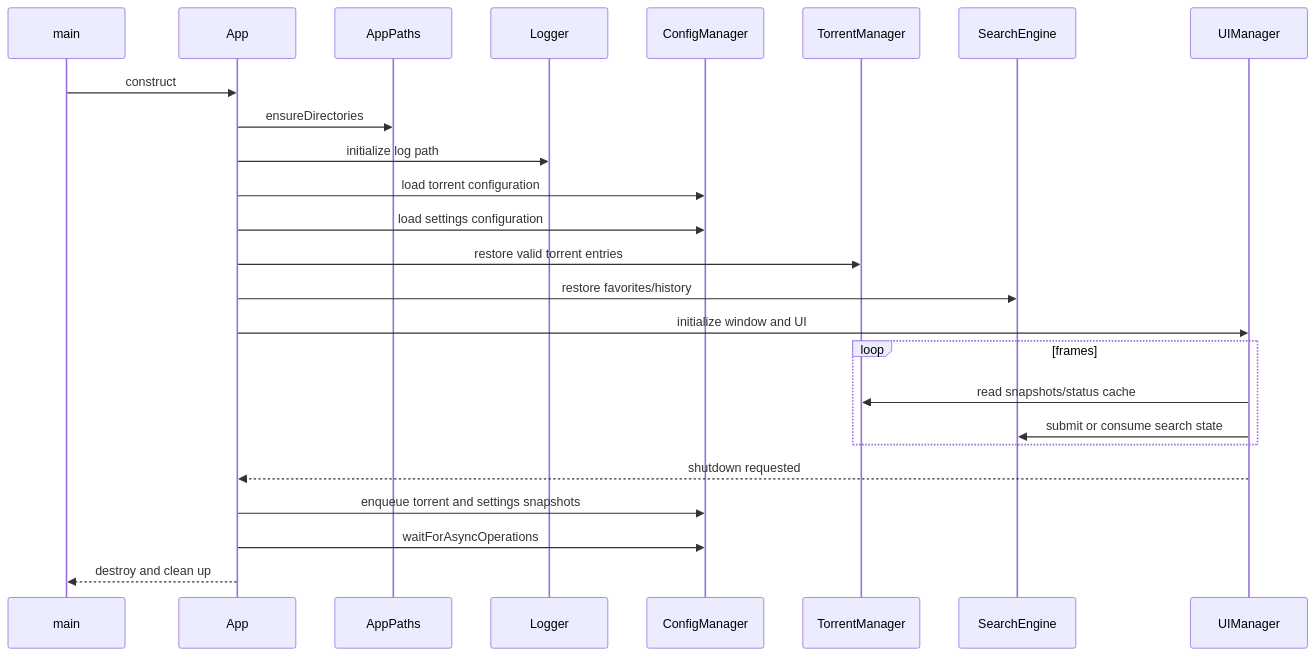
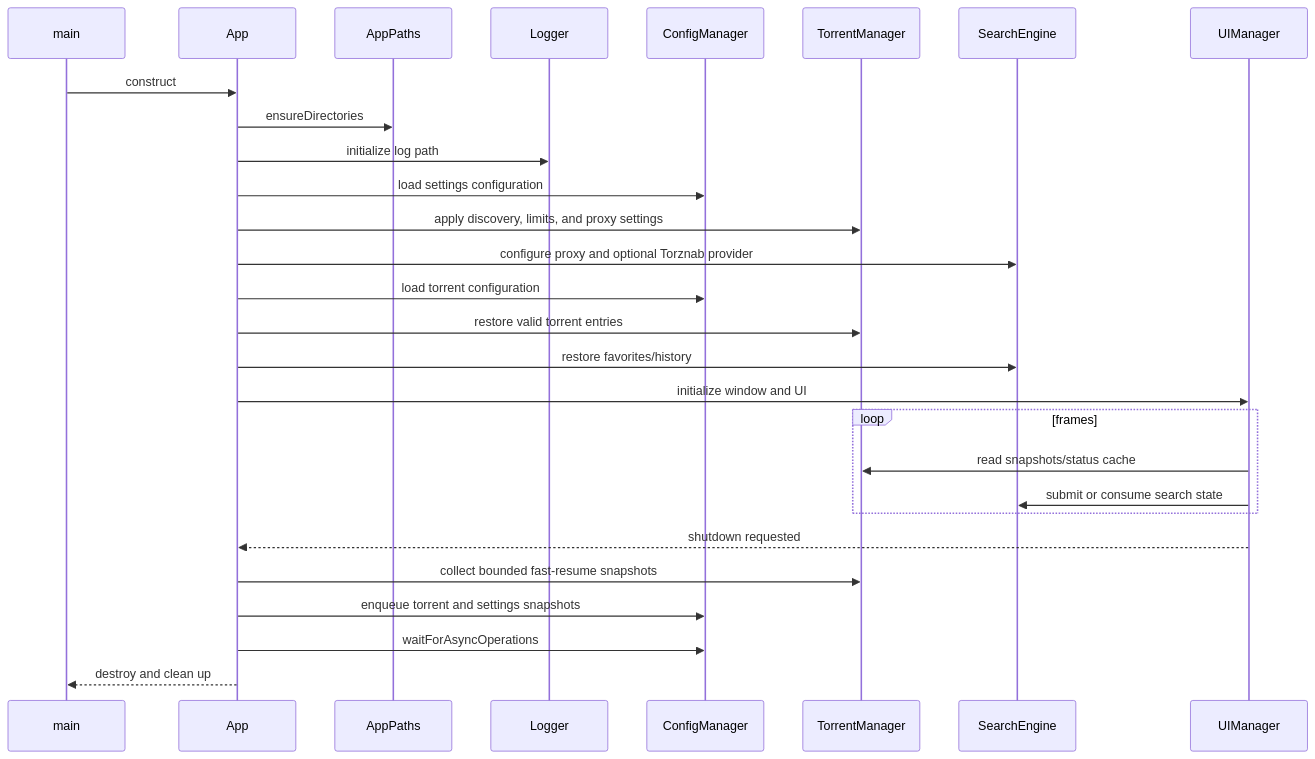
Before and after one commit to gkehren/hypertube: the second of 4 diagrams in docs/architecture.md, drawn with Mermaid. The commit also changed other lines of this file and 31 other files, not shown here.

````diff
--- a/docs/architecture.md
+++ b/docs/architecture.md
@@ -72,28 +72,31 @@
 ```mermaid
 sequenceDiagram
     participant M as main
     participant A as App
     participant P as AppPaths
     participant L as Logger
     participant C as ConfigManager
     participant T as TorrentManager
     participant S as SearchEngine
     participant U as UIManager
 
     M->>A: construct
     A->>P: ensureDirectories
     A->>L: initialize log path
+    A->>C: load settings configuration
+    A->>T: apply discovery, limits, and proxy settings
+    A->>S: configure proxy and optional Torznab provider
     A->>C: load torrent configuration
-    A->>C: load settings configuration
     A->>T: restore valid torrent entries
     A->>S: restore favorites/history
     A->>U: initialize window and UI
     loop frames
         U->>T: read snapshots/status cache
         U->>S: submit or consume search state
     end
     U-->>A: shutdown requested
+    A->>T: collect bounded fast-resume snapshots
     A->>C: enqueue torrent and settings snapshots
     A->>C: waitForAsyncOperations
     A-->>M: destroy and clean up
 ```
````
